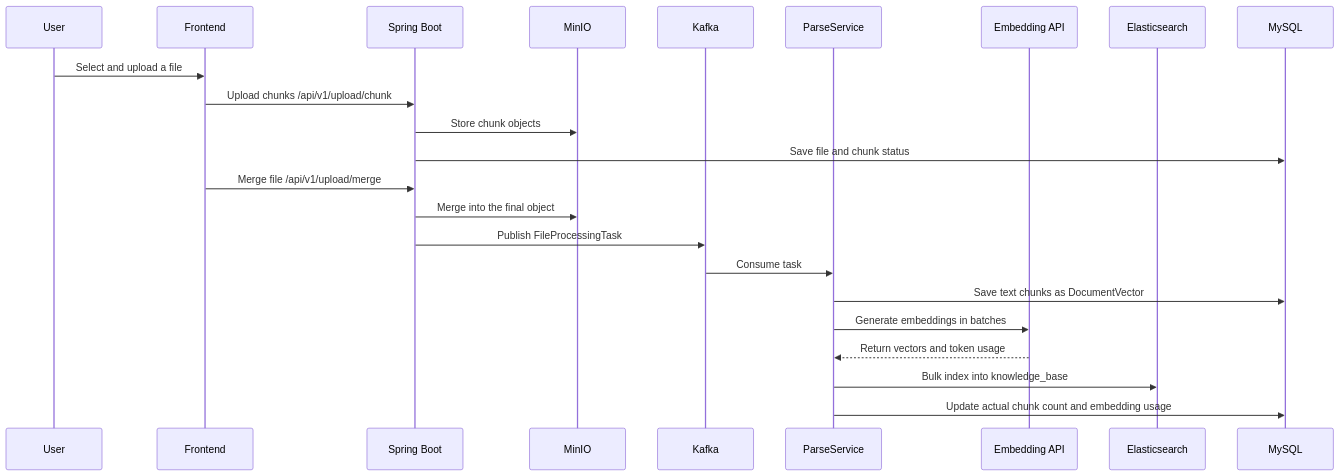
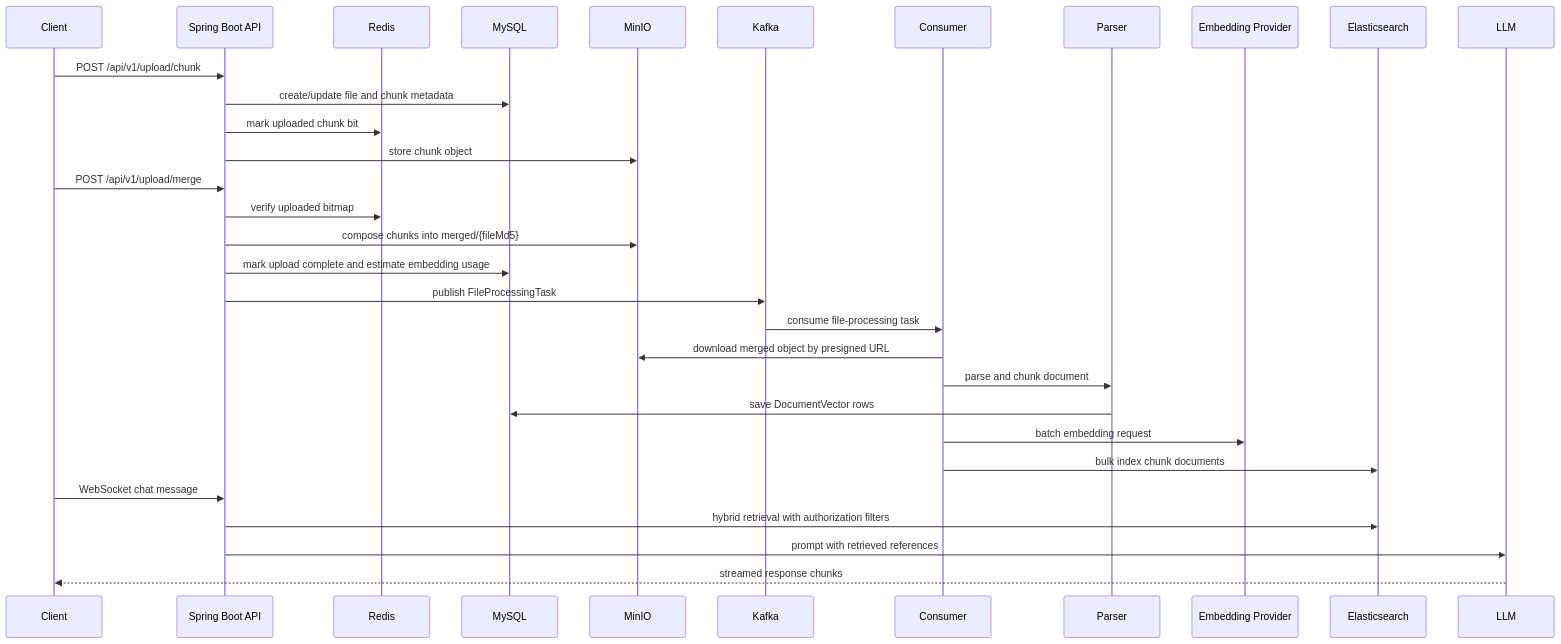
The second of 2 diagrams in README.md (Rishi-Mishima/RAG-smart-flowpai), drawn with Mermaid before and after one commit. The commit also changed other lines of this file, not shown here.

````diff
--- a/README.md
+++ b/README.md
@@ -63,26 +90,34 @@
 ```mermaid
 sequenceDiagram
-    participant U as User
-    participant F as Frontend
-    participant B as Spring Boot
-    participant M as MinIO
-    participant K as Kafka
-    participant P as ParseService
-    participant E as Embedding API
-    participant S as Elasticsearch
-    participant D as MySQL
+    participant Client
+    participant API as Spring Boot API
+    participant Redis
+    participant MySQL
+    participant MinIO
+    participant Kafka
+    participant Consumer
+    participant Parser
+    participant Embed as Embedding Provider
+    participant ES as Elasticsearch
+    participant LLM
 
-    U->>F: Select and upload a file
-    F->>B: Upload chunks /api/v1/upload/chunk
-    B->>M: Store chunk objects
-    B->>D: Save file and chunk status
-    F->>B: Merge file /api/v1/upload/merge
-    B->>M: Merge into the final object
-    B->>K: Publish FileProcessingTask
-    K->>P: Consume task
-    P->>D: Save text chunks as DocumentVector
-    P->>E: Generate embeddings in batches
-    E-->>P: Return vectors and token usage
-    P->>S: Bulk index into knowledge_base
-    P->>D: Update actual chunk count and embedding usage
+    Client->>API: POST /api/v1/upload/chunk
+    API->>MySQL: create/update file and chunk metadata
+    API->>Redis: mark uploaded chunk bit
+    API->>MinIO: store chunk object
+    Client->>API: POST /api/v1/upload/merge
+    API->>Redis: verify uploaded bitmap
+    API->>MinIO: compose chunks into merged/{fileMd5}
+    API->>MySQL: mark upload complete and estimate embedding usage
+    API->>Kafka: publish FileProcessingTask
+    Kafka->>Consumer: consume file-processing task
+    Consumer->>MinIO: download merged object by presigned URL
+    Consumer->>Parser: parse and chunk document
+    Parser->>MySQL: save DocumentVector rows
+    Consumer->>Embed: batch embedding request
+    Consumer->>ES: bulk index chunk documents
+    Client->>API: WebSocket chat message
+    API->>ES: hybrid retrieval with authorization filters
+    API->>LLM: prompt with retrieved references
+    LLM-->>Client: streamed response chunks
 ```
````
